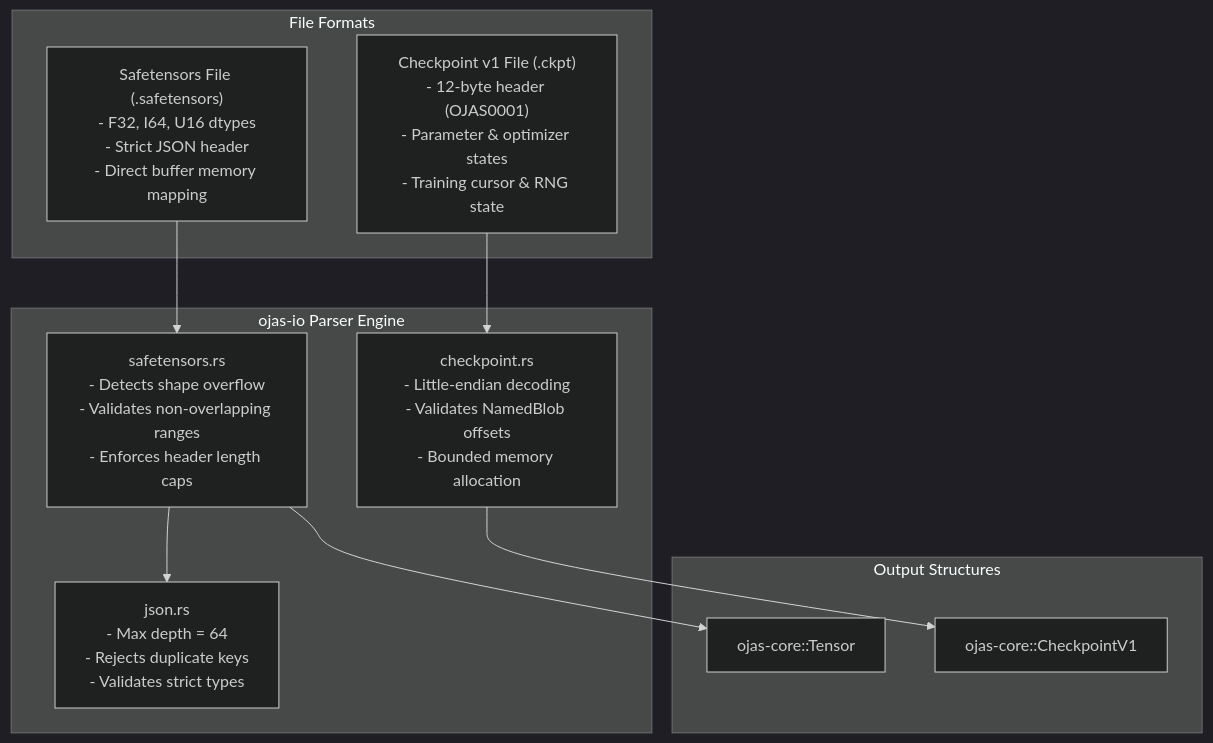
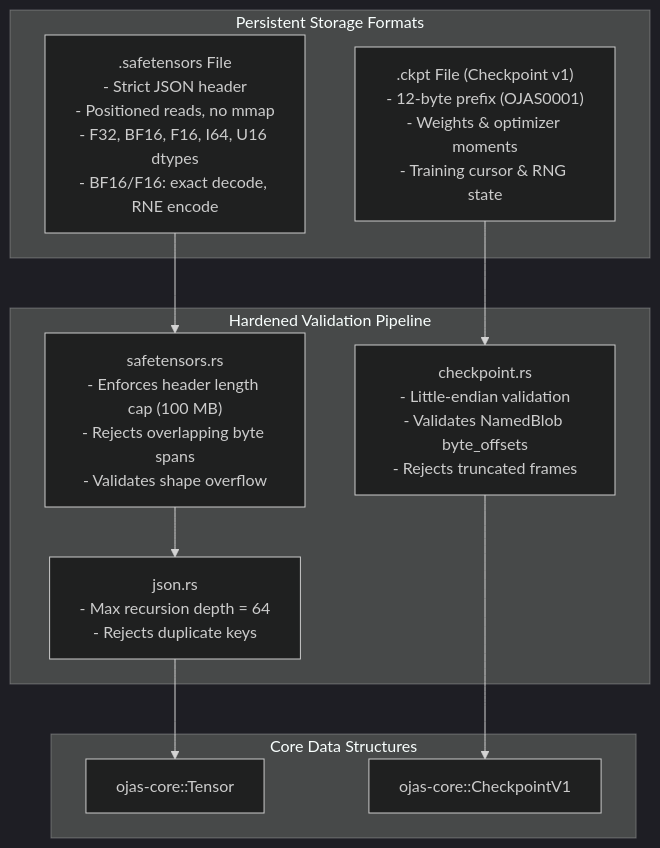
The first of 2 diagrams in ojas-io/README.md (bharathvbcr/ojas), drawn with Mermaid (dark theme) before and after one commit. The commit also changed other lines of this file and 341 other files, not shown here.

````diff
--- a/ojas-io/README.md
+++ b/ojas-io/README.md
@@ -9,24 +9,24 @@
 ```mermaid
 flowchart TD
-    subgraph InputFiles["File Formats"]
-        ST["Safetensors File (.safetensors)\n- F32, I64, U16 dtypes\n- Strict JSON header\n- Direct buffer memory mapping"]
-        CP["Checkpoint v1 File (.ckpt)\n- 12-byte header (OJAS0001)\n- Parameter & optimizer states\n- Training cursor & RNG state"]
+    subgraph StorageFormats["Persistent Storage Formats"]
+        ST[".safetensors File\n- Strict JSON header\n- Positioned reads, no mmap\n- F32, BF16, F16, I64, U16 dtypes\n- BF16/F16: exact decode, RNE encode"]
+        CKPT[".ckpt File (Checkpoint v1)\n- 12-byte prefix (OJAS0001)\n- Weights & optimizer moments\n- Training cursor & RNG state"]
     end
 
-    subgraph Parser["ojas-io Parser Engine"]
-        JSON["json.rs\n- Max depth = 64\n- Rejects duplicate keys\n- Validates strict types"]
-        STParser["safetensors.rs\n- Detects shape overflow\n- Validates non-overlapping ranges\n- Enforces header length caps"]
-        CPParser["checkpoint.rs\n- Little-endian decoding\n- Validates NamedBlob offsets\n- Bounded memory allocation"]
+    subgraph SecurityFilters["Hardened Validation Pipeline"]
+        JSONParser["json.rs\n- Max recursion depth = 64\n- Rejects duplicate keys"]
+        STValidator["safetensors.rs\n- Enforces header length cap (100 MB)\n- Rejects overlapping byte spans\n- Validates shape overflow"]
+        CKPTValidator["checkpoint.rs\n- Little-endian validation\n- Validates NamedBlob byte_offsets\n- Rejects truncated frames"]
     end
 
-    subgraph CoreOutputs["Output Structures"]
+    subgraph EngineOutput["Core Data Structures"]
         Tensors["ojas-core::Tensor"]
         Checkpoint["ojas-core::CheckpointV1"]
     end
 
-    ST --> STParser
-    STParser --> JSON
-    CP --> CPParser
-    STParser --> Tensors
-    CPParser --> Checkpoint
+    ST --> STValidator
+    STValidator --> JSONParser
+    JSONParser --> Tensors
+    CKPT --> CKPTValidator
+    CKPTValidator --> Checkpoint
 ```
````
